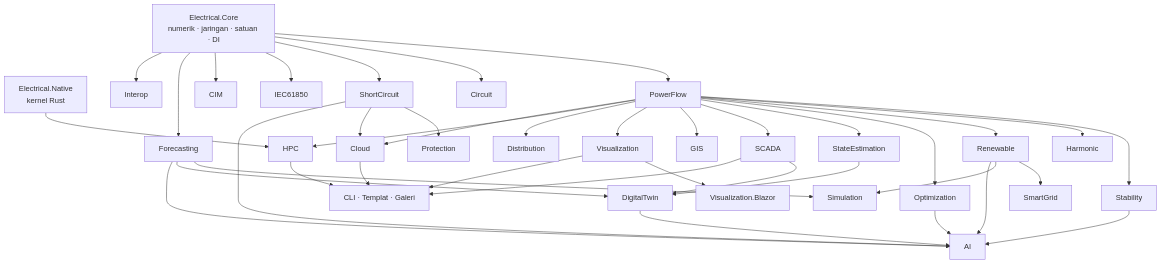
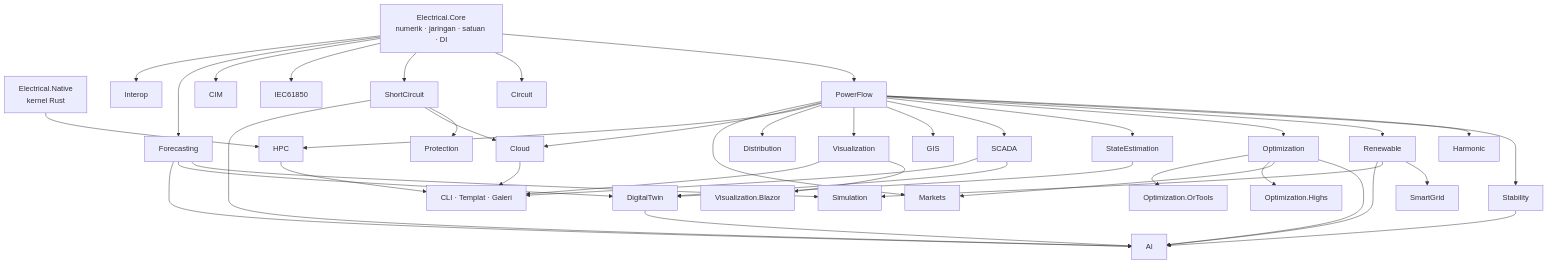
One commit to DotNetVibeCoderz/Vibe_Components changed the diagram in Electrical.Net/README.id.md. Above: the diagram before and after it, drawn with Mermaid. The commit also changed other lines of this file and 70 other files, not shown here.

First line of the commit message:
Electrical.Net 1.2.0: optimization and markets

````diff
--- a/Electrical.Net/README.id.md
+++ b/Electrical.Net/README.id.md
@@ -204,28 +242,31 @@
 ```mermaid
 graph TD
     Core[Electrical.Core<br/>numerik · jaringan · satuan · DI]
     Native[Electrical.Native<br/>kernel Rust]
     PF[PowerFlow]
     Core --> PF
     Core --> Circuit & ShortCircuit & IEC61850 & CIM & Forecasting & Interop
     ShortCircuit --> Protection
     PF --> Stability & Harmonic & Renewable & Optimization & StateEstimation & SCADA & GIS & Visualization & Distribution
     Renewable --> SmartGrid
     Renewable --> Simulation
     Forecasting --> Simulation
     Native --> HPC
     PF --> HPC
     PF --> Cloud
     ShortCircuit --> Cloud
     StateEstimation --> DigitalTwin
     SCADA --> DigitalTwin
     Forecasting --> DigitalTwin
     ShortCircuit --> AI
     Optimization --> AI
+    Optimization --> Markets
+    PF --> Markets
+    Optimization --> Highs[Optimization.Highs] & OrTools[Optimization.OrTools]
     Forecasting --> AI
     DigitalTwin --> AI
     Stability --> AI
     Renewable --> AI
     Visualization --> VizBlazor[Visualization.Blazor]
     Cloud & HPC & Visualization & SCADA --> Apps[CLI · Templat · Galeri]
 ```
````
